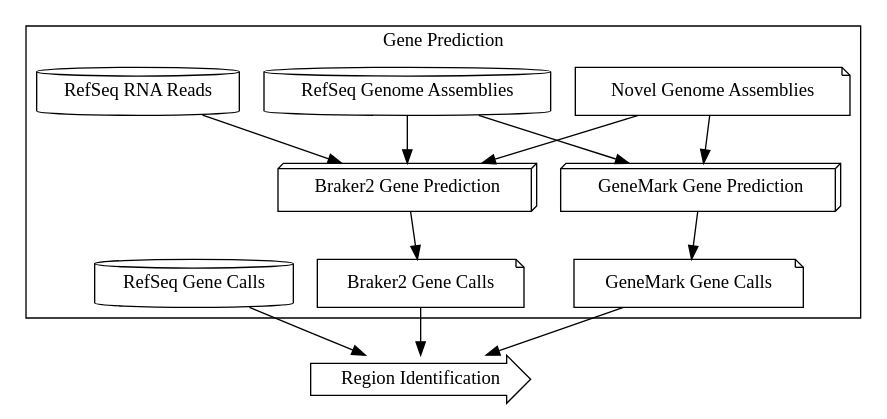
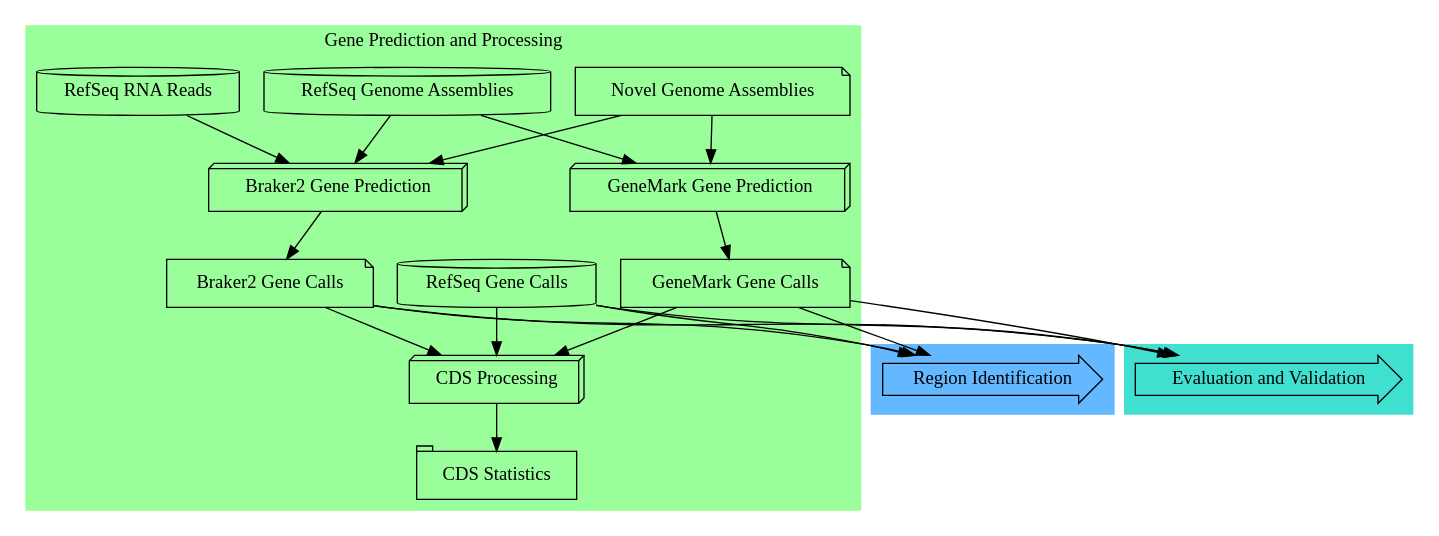
One commit to cbe453/masters changed the diagram in working-thesis/figures/gene-finding-met.dot. Above: the diagram before and after it, drawn with Graphviz. The commit also changed 20 other files, not shown here.

```diff
--- a/working-thesis/figures/gene-finding-met.dot
+++ b/working-thesis/figures/gene-finding-met.dot
@@ -1,31 +1,55 @@
 digraph G{
 
 	rankdir = "TB";
 	splines = true;
-	fill = lightgray;
-	"Region Identification" [shape = rarrow];
+	style = filled;
+	color = palegreen1;
+
+	subgraph cluster_1 {
+
+		 style = filled;
+		 color = steelblue1;
+		"Region Identification" [shape = rarrow];
+	}
+
+	subgraph cluster_2 {
+		 style = filled;
+		 color = turquoise;
+		 "Evaluation and Validation" [shape = rarrow];
+	}
+
 	subgraph cluster_0 {
 		 "Novel Genome Assemblies" [shape = note];
-		 label = "Gene Prediction";
+		 label = "Gene Prediction and Processing";
 		 "RefSeq Genome Assemblies" [shape = cylinder];
 		 "RefSeq RNA Reads" [shape = cylinder];
 		 "RefSeq Gene Calls" [shape = cylinder];
 		 {rank = same; "RefSeq Genome Assemblies"; "RefSeq RNA Reads"};
 		 "GeneMark Gene Prediction" [shape = box3d];
 		 "Braker2 Gene Prediction" [shape = box3d];
 		 "RefSeq Genome Assemblies" -> "GeneMark Gene Prediction";
 		 "RefSeq Genome Assemblies" -> "Braker2 Gene Prediction";
 		 "RefSeq RNA Reads" -> "Braker2 Gene Prediction";
 		 "Braker2 Gene Calls" [shape = note];
 		 "GeneMark Gene Calls" [shape = note];
 		 "Braker2 Gene Prediction" -> "Braker2 Gene Calls"
 		 "GeneMark Gene Prediction" -> "GeneMark Gene Calls"
 		 {rank = same; "RefSeq Gene Calls"; "Braker2 Gene Calls"; "GeneMark Gene Calls"}
+		 "CDS Processing" [shape = box3d];
+		 "GeneMark Gene Calls" -> "CDS Processing";
+		 "Braker2 Gene Calls" -> "CDS Processing";
+		 "RefSeq Gene Calls" -> "CDS Processing";
+		 "GeneMark Gene Calls" -> "Evaluation and Validation";
+                 "Braker2 Gene Calls" -> "Evaluation and Validation";
+                 "RefSeq Gene Calls" -> "Evaluation and Validation";
+		 "CDS Statistics" [shape = tab];
+		 "CDS Processing" -> "CDS Statistics";
 
-	}		 
+	}
+
 	"Novel Genome Assemblies" -> "GeneMark Gene Prediction";
 	"Novel Genome Assemblies" -> "Braker2 Gene Prediction";
 	"GeneMark Gene Calls" -> "Region Identification";
 	"Braker2 Gene Calls" -> "Region Identification";
 	"RefSeq Gene Calls" -> "Region Identification";
 }
```
